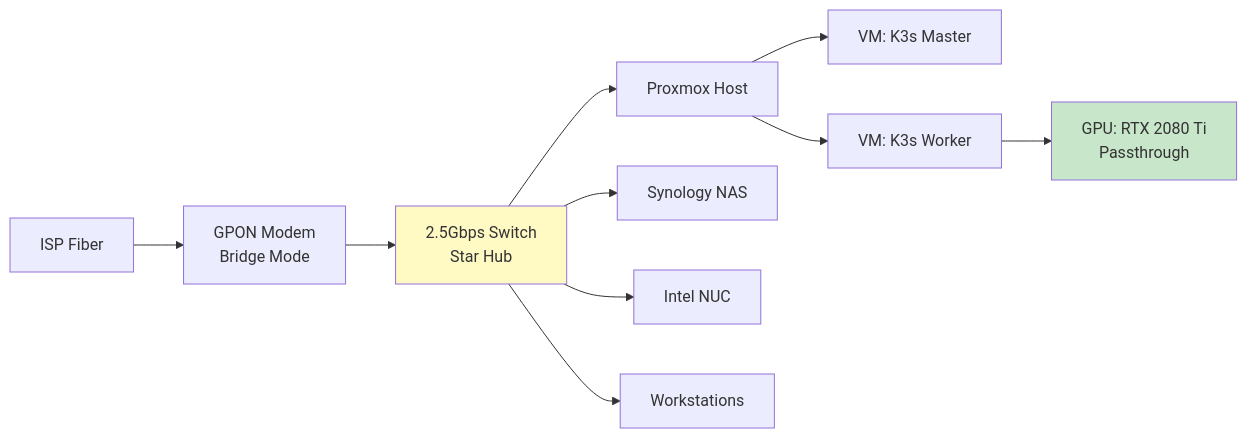
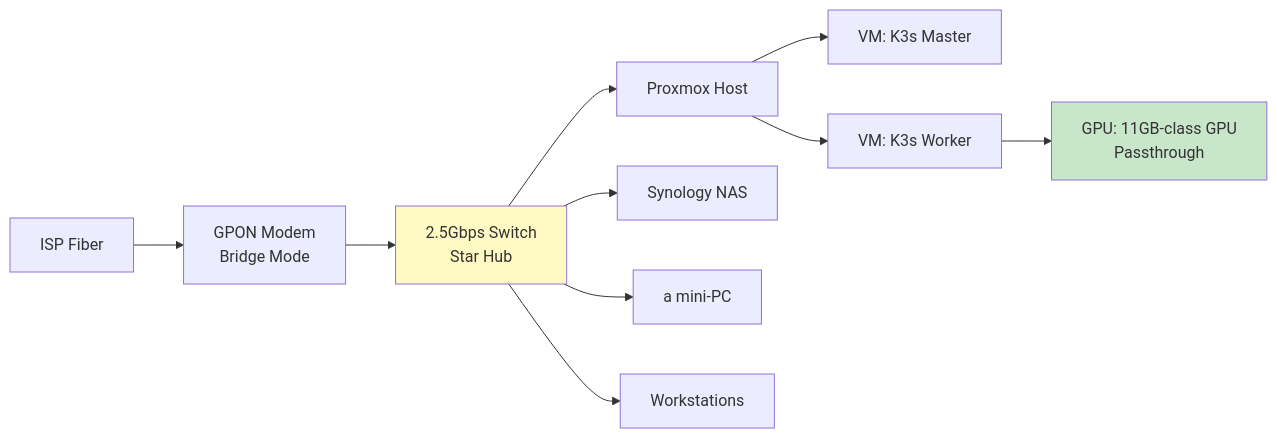
The first of 4 diagrams in docs/phases/phase1-infra/README.md (minderhq/academy), drawn with Mermaid before and after one commit. The commit also changed other lines of this file and 60 other files, not shown here.

````diff
--- a/docs/phases/phase1-infra/README.md
+++ b/docs/phases/phase1-infra/README.md
@@ -76,18 +76,18 @@
 ```mermaid
 graph LR
     A[ISP Fiber] --> B[GPON Modem<br/>Bridge Mode]
     B --> C[2.5Gbps Switch<br/>Star Hub]
 
     C --> D[Proxmox Host]
     C --> E[Synology NAS]
-    C --> F[Intel NUC]
+    C --> F[a mini-PC]
     C --> G[Workstations]
 
     D --> H[VM: K3s Master]
     D --> I[VM: K3s Worker]
 
-    I --> J[GPU: RTX 2080 Ti<br/>Passthrough]
+    I --> J[GPU: 11GB-class GPU<br/>Passthrough]
 
     style C fill:#fff9c4
     style J fill:#c8e6c9
 ```
````
